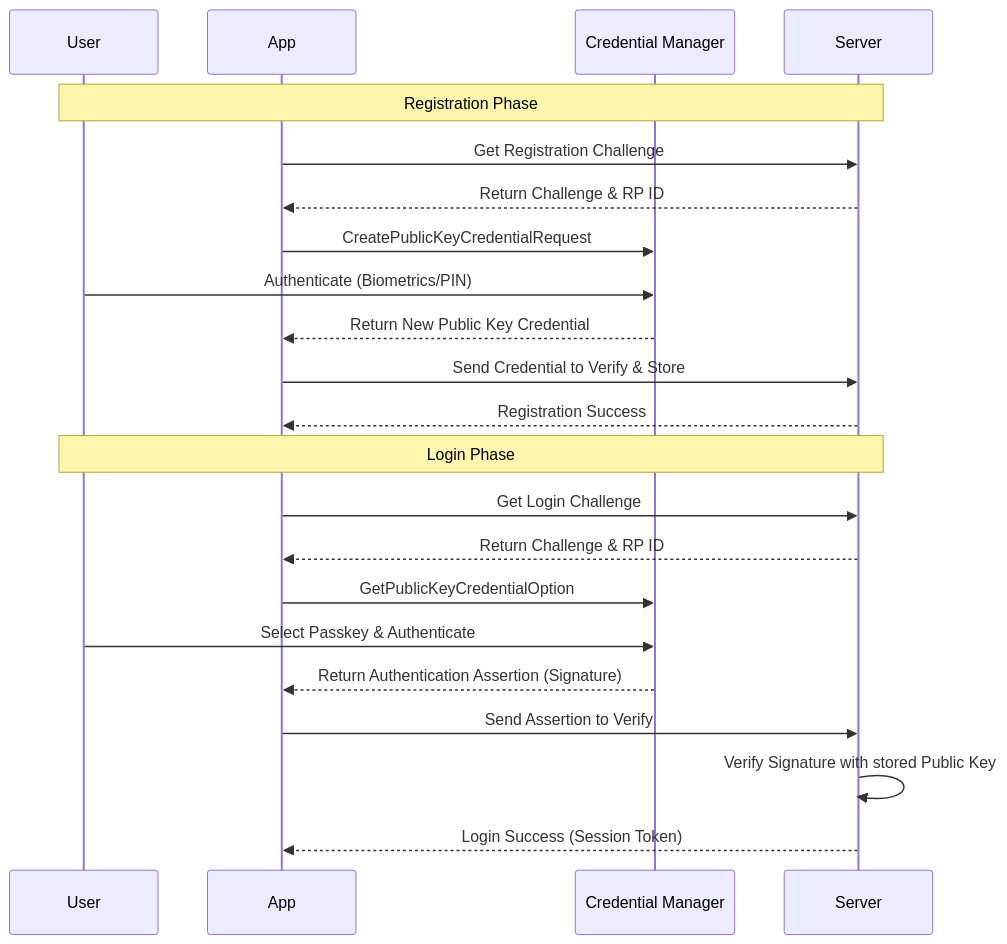
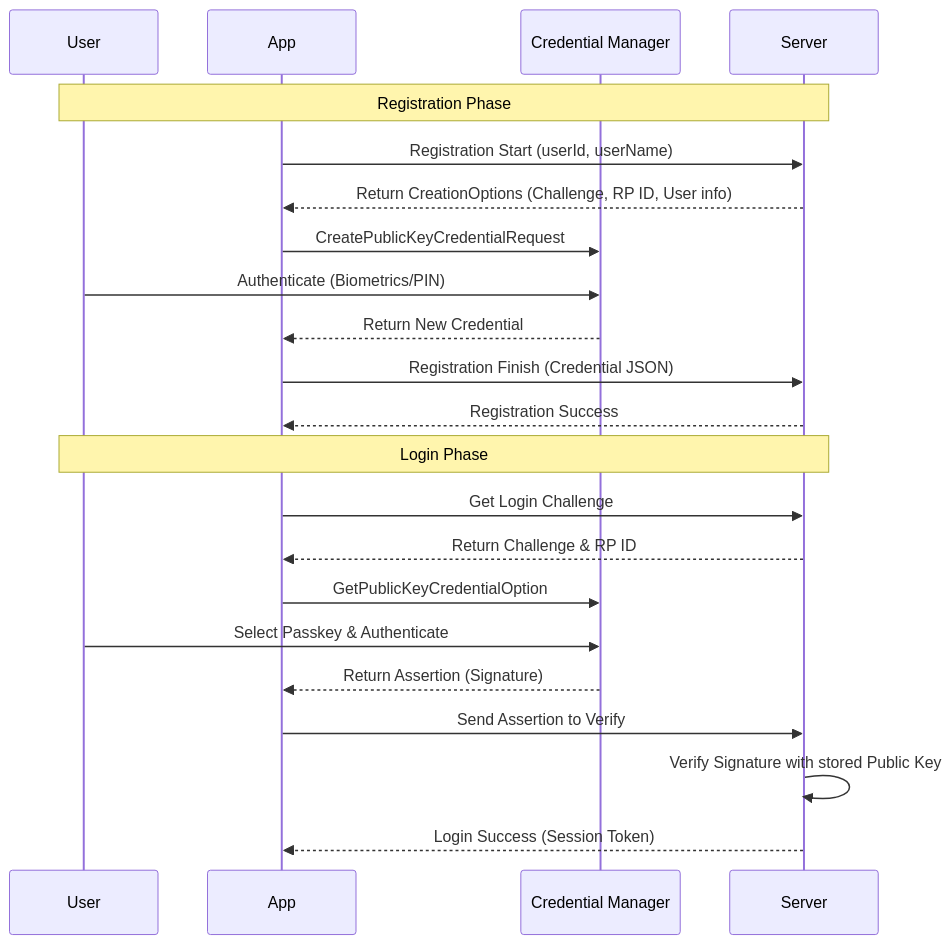
The second of 2 diagrams in README.md (RajendrakumarDabhi/AndroidSecureLogin), drawn with Mermaid before and after one commit. The commit also changed other lines of this file, not shown here.

Commit message:
update README to enhance clarity and detail for biometric and passkey authentication implementation

````diff
--- a/README.md
+++ b/README.md
@@ -134,26 +140,26 @@
 ```mermaid
 sequenceDiagram
     participant User
     participant App
     participant Credential_Manager as Credential Manager
     participant Server
 
     Note over User, Server: Registration Phase
-    App->>Server: Get Registration Challenge
-    Server-->>App: Return Challenge & RP ID
+    App->>Server: Registration Start (userId, userName)
+    Server-->>App: Return CreationOptions (Challenge, RP ID, User info)
     App->>Credential_Manager: CreatePublicKeyCredentialRequest
     User->>Credential_Manager: Authenticate (Biometrics/PIN)
-    Credential_Manager-->>App: Return New Public Key Credential
-    App->>Server: Send Credential to Verify & Store
+    Credential_Manager-->>App: Return New Credential
+    App->>Server: Registration Finish (Credential JSON)
     Server-->>App: Registration Success
 
     Note over User, Server: Login Phase
     App->>Server: Get Login Challenge
     Server-->>App: Return Challenge & RP ID
     App->>Credential_Manager: GetPublicKeyCredentialOption
     User->>Credential_Manager: Select Passkey & Authenticate
-    Credential_Manager-->>App: Return Authentication Assertion (Signature)
+    Credential_Manager-->>App: Return Assertion (Signature)
     App->>Server: Send Assertion to Verify
     Server->>Server: Verify Signature with stored Public Key
     Server-->>App: Login Success (Session Token)
 ```
````
